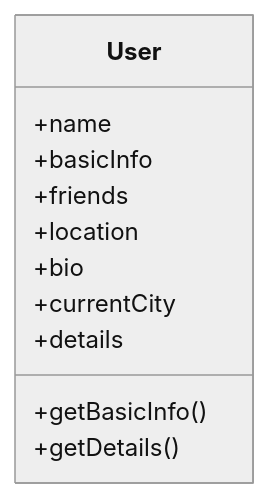
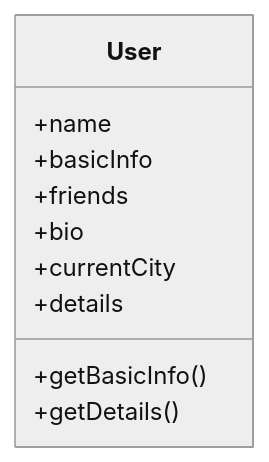
One commit to andrea-liliana/BackEnd-NodeJS changed the sixth of 7 diagrams in weekly_mission_2/exercises/readme.md. Above: the diagram before and after it, drawn with Mermaid (neutral theme).

Commit message:
Agregar modelo del ejercicio 1.3

````diff
--- a/weekly_mission_2/exercises/readme.md
+++ b/weekly_mission_2/exercises/readme.md
@@ -79,13 +79,12 @@
 ```mermaid
  classDiagram
  class User
  User : +name
  User : +basicInfo
  User : +friends
- User : +location
  User : +bio
  User : +currentCity 
  User : +details
  User : +getBasicInfo()
  User : +getDetails()
 ```
````
